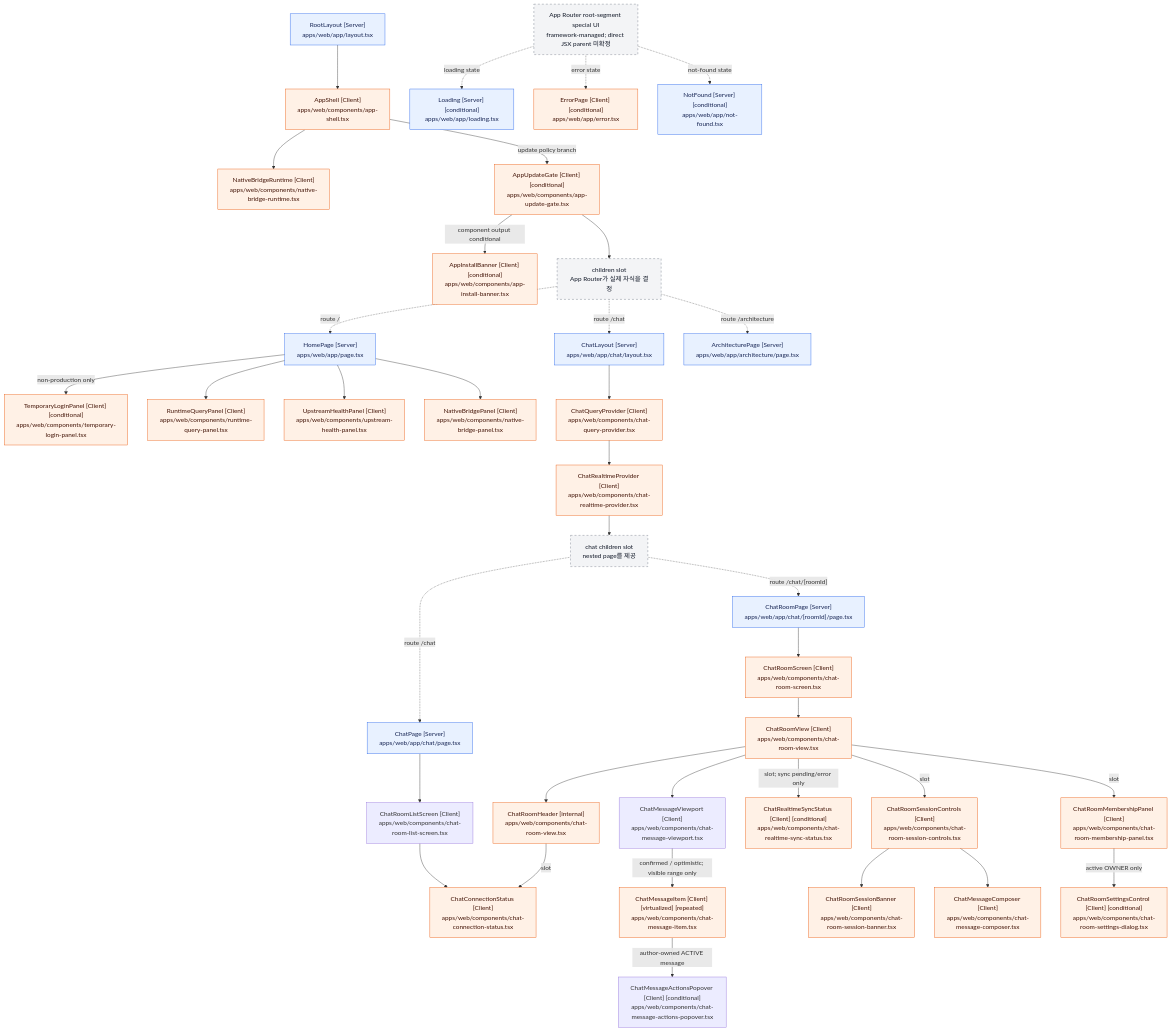
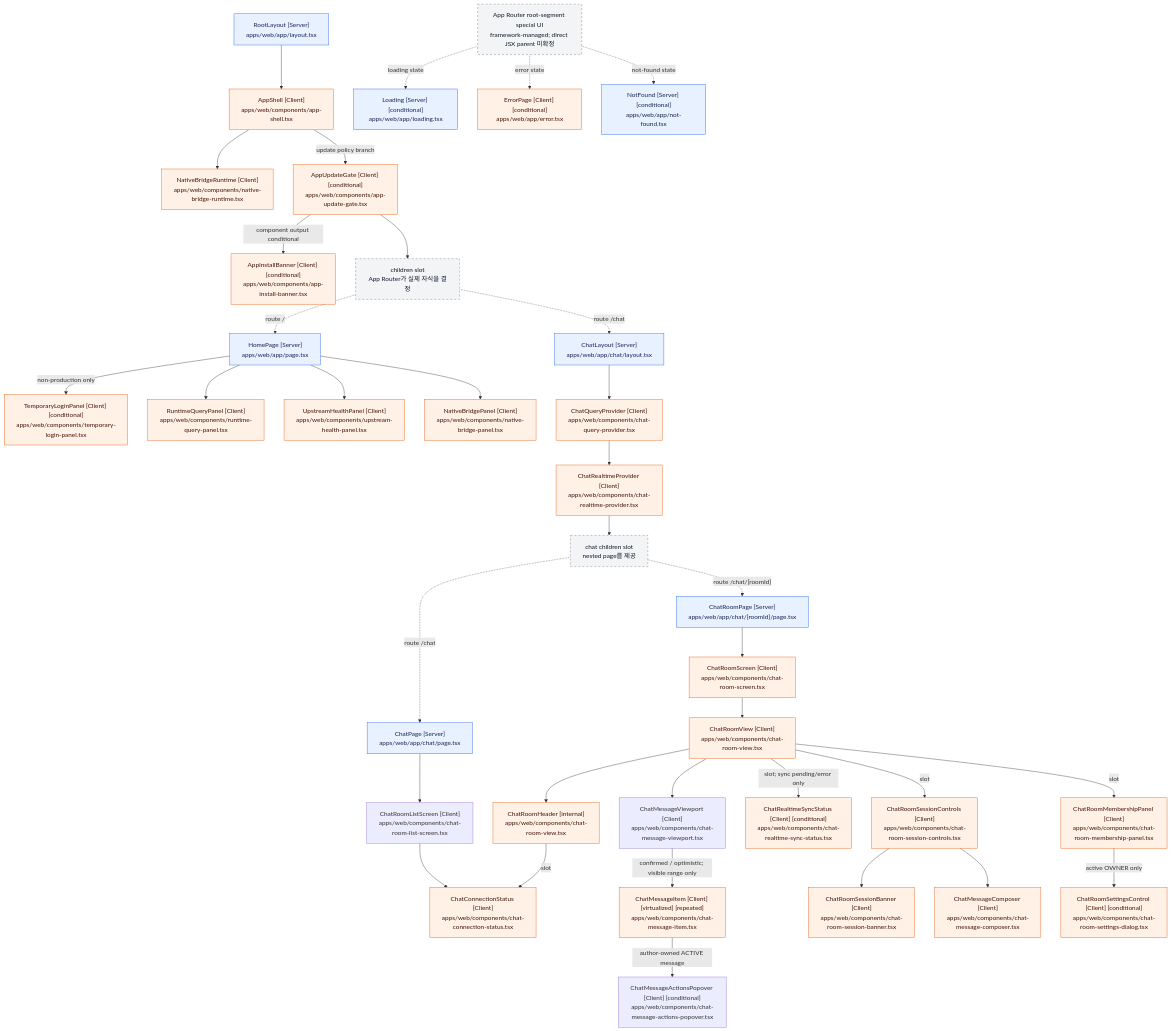
The diagram in docs/architecture/react-component-tree.md (mokpombc17-coder/CIVIC-AI), drawn with Mermaid before and after one commit. The commit also changed other lines of this file and 12 other files, not shown here.

````diff
--- a/docs/architecture/react-component-tree.md
+++ b/docs/architecture/react-component-tree.md
@@ -165,8 +147,6 @@
     ChatRoomSessionControls["ChatRoomSessionControls [Client]<br/>apps/web/components/chat-room-session-controls.tsx"]
     ChatRoomSessionBanner["ChatRoomSessionBanner [Client]<br/>apps/web/components/chat-room-session-banner.tsx"]
     ChatMessageComposer["ChatMessageComposer [Client]<br/>apps/web/components/chat-message-composer.tsx"]
-
-    ArchitecturePage["ArchitecturePage [Server]<br/>apps/web/app/architecture/page.tsx"]
 
     SpecialBoundary["App Router root-segment special UI<br/>framework-managed; direct JSX parent 미확정"]
     Loading["Loading [Server] [conditional]<br/>apps/web/app/loading.tsx"]
@@ -207,8 +187,6 @@
     ChatRoomView -->|"slot"| ChatRoomMembershipPanel
     ChatRoomMembershipPanel -->|"active OWNER only"| ChatRoomSettingsControl
 
-    ChildrenSlot -. "route /architecture" .-> ArchitecturePage
-
     SpecialBoundary -. "loading state" .-> Loading
     SpecialBoundary -. "error state" .-> ErrorPage
     SpecialBoundary -. "not-found state" .-> NotFound
@@ -217,7 +195,7 @@
     classDef client fill:#fff1e6,stroke:#ea580c,color:#431407;
     classDef framework fill:#f3f4f6,stroke:#6b7280,color:#111827,stroke-dasharray:5 5;
 
-    class RootLayout,HomePage,ChatLayout,ChatPage,ChatRoomPage,ArchitecturePage,Loading,NotFound server;
+    class RootLayout,HomePage,ChatLayout,ChatPage,ChatRoomPage,Loading,NotFound server;
     class AppShell,NativeBridgeRuntime,AppUpdateGate,AppInstallBanner,TemporaryLoginPanel,RuntimeQueryPanel,UpstreamHealthPanel,NativeBridgePanel,ChatQueryProvider,ChatRealtimeProvider,ChatRoomScreen,ChatRoomView,ChatRoomHeader,ChatMessageHistory,ChatMessageList,ChatMessageItem,ChatConnectionStatus,ChatRealtimeSyncStatus,ChatRoomSessionControls,ChatRoomSessionBanner,ChatMessageComposer,ChatRoomMembershipPanel,ChatRoomSettingsControl,ErrorPage client;
     class ChildrenSlot,ChatChildrenSlot,SpecialBoundary framework;
 ```
````
